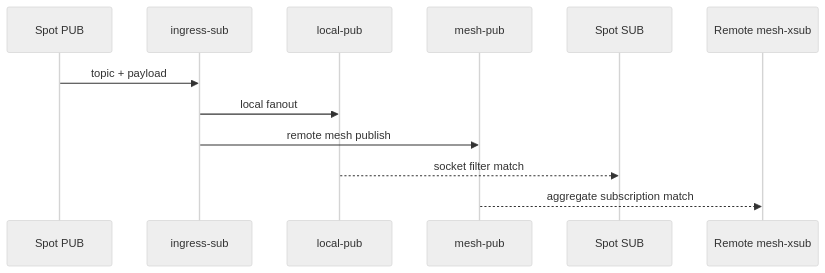
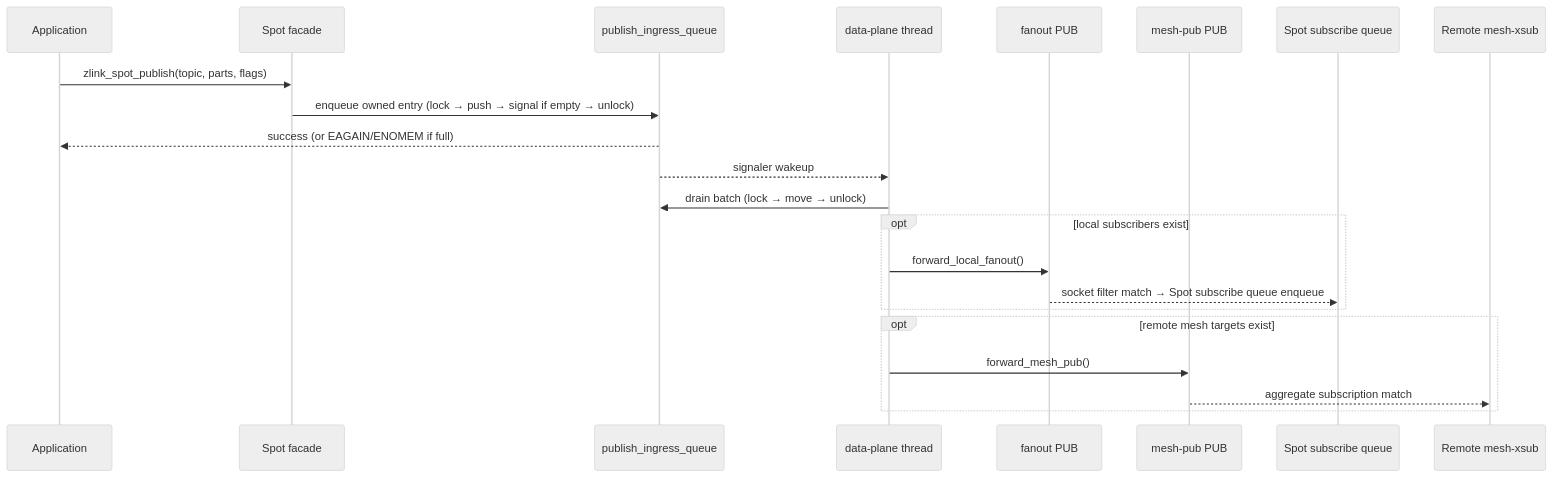
The third of 11 diagrams in doc/internals/spot-internals.ko.md (kairos-code-dev/zlink), drawn with Mermaid (neutral theme) before and after one commit. The commit also changed other lines of this file and 25 other files, not shown here.

Commit message:
Implement spot publish ingress data plane

````diff
--- a/doc/internals/spot-internals.ko.md
+++ b/doc/internals/spot-internals.ko.md
@@ -170,15 +192,25 @@
 ```mermaid
 sequenceDiagram
-    participant Pub as Spot PUB
-    participant In as ingress-sub
-    participant Local as local-pub
-    participant Mesh as mesh-pub
-    participant Sub as Spot SUB
+    participant App as Application
+    participant Spot as Spot facade
+    participant Q as publish_ingress_queue
+    participant DP as data-plane thread
+    participant Local as fanout PUB
+    participant Mesh as mesh-pub PUB
+    participant Sub as Spot subscribe queue
     participant Peer as Remote mesh-xsub
 
-    Pub->>In: topic + payload
-    In->>Local: local fanout
-    In->>Mesh: remote mesh publish
-    Local-->>Sub: socket filter match
-    Mesh-->>Peer: aggregate subscription match
+    App->>Spot: zlink_spot_publish(topic, parts, flags)
+    Spot->>Q: enqueue owned entry (lock → push → signal if empty → unlock)
+    Q-->>App: success (or EAGAIN/ENOMEM if full)
+    Q-->>DP: signaler wakeup
+    DP->>Q: drain batch (lock → move → unlock)
+    opt local subscribers exist
+        DP->>Local: forward_local_fanout()
+        Local-->>Sub: socket filter match → Spot subscribe queue enqueue
+    end
+    opt remote mesh targets exist
+        DP->>Mesh: forward_mesh_pub()
+        Mesh-->>Peer: aggregate subscription match
+    end
 ```
````
